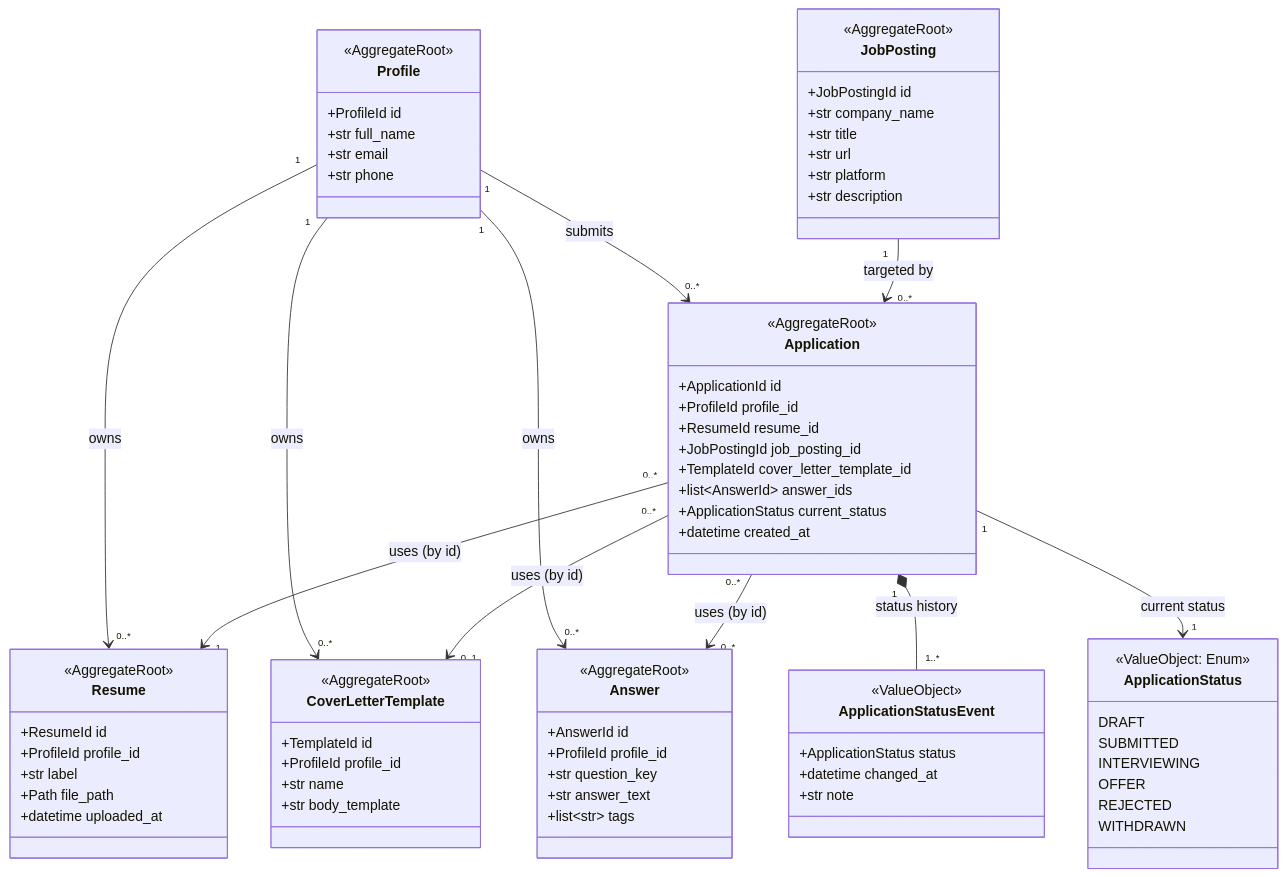
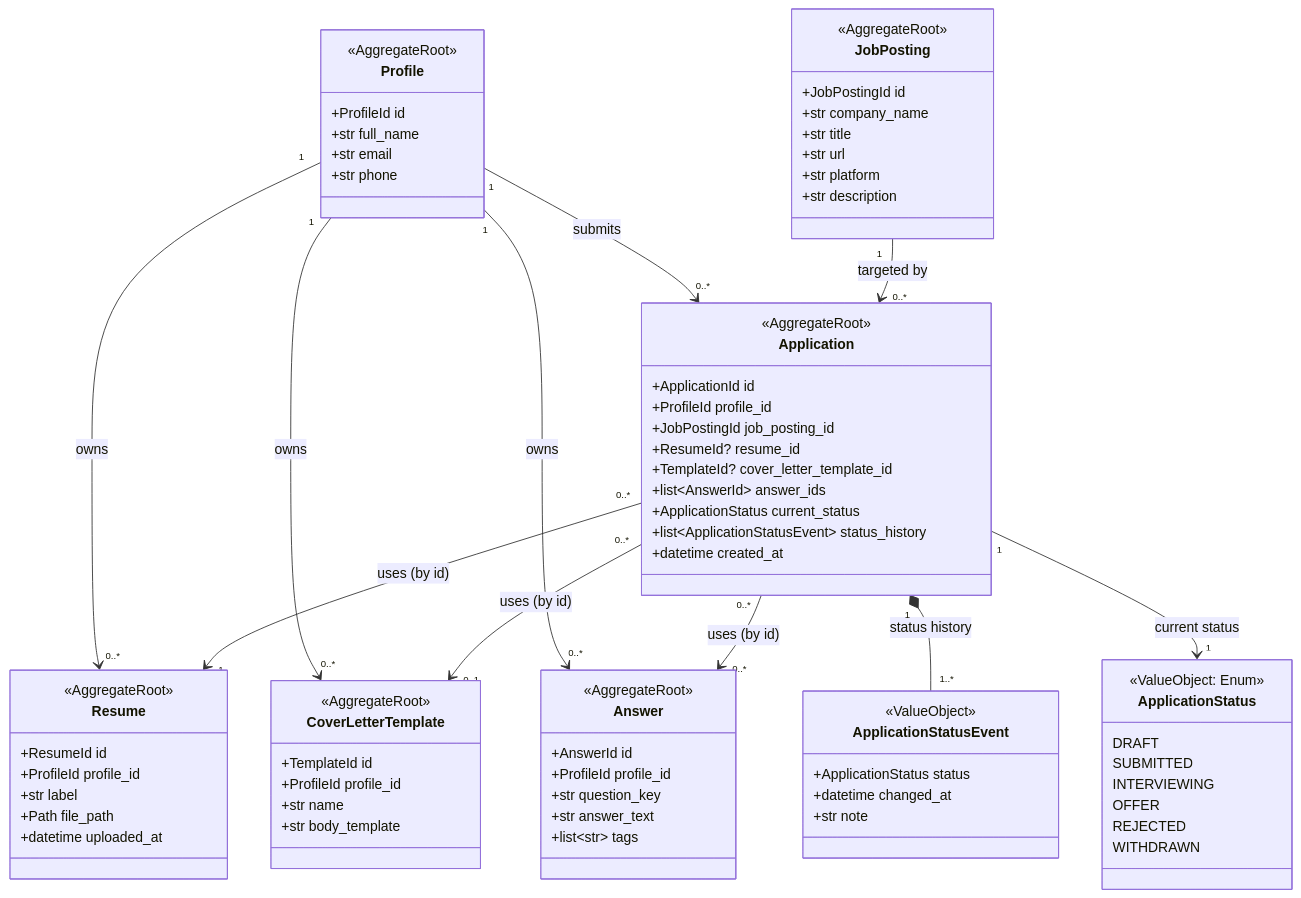
The diagram in docs/diagrams/domain-model.md (maulikt00/job-application-automation-platform), drawn with Mermaid before and after one commit. The commit also changed other lines of this file and 1 other file, not shown here.

Commit message:
docs(adr): define progressive application lifecycle

```diff
--- a/docs/diagrams/domain-model.md
+++ b/docs/diagrams/domain-model.md
@@ -86,11 +86,12 @@
         <<AggregateRoot>>
         +ApplicationId id
         +ProfileId profile_id
-        +ResumeId resume_id
         +JobPostingId job_posting_id
-        +TemplateId cover_letter_template_id
+        +ResumeId? resume_id
+        +TemplateId? cover_letter_template_id
         +list~AnswerId~ answer_ids
         +ApplicationStatus current_status
+        +list~ApplicationStatusEvent~ status_history
         +datetime created_at
     }
 
```
